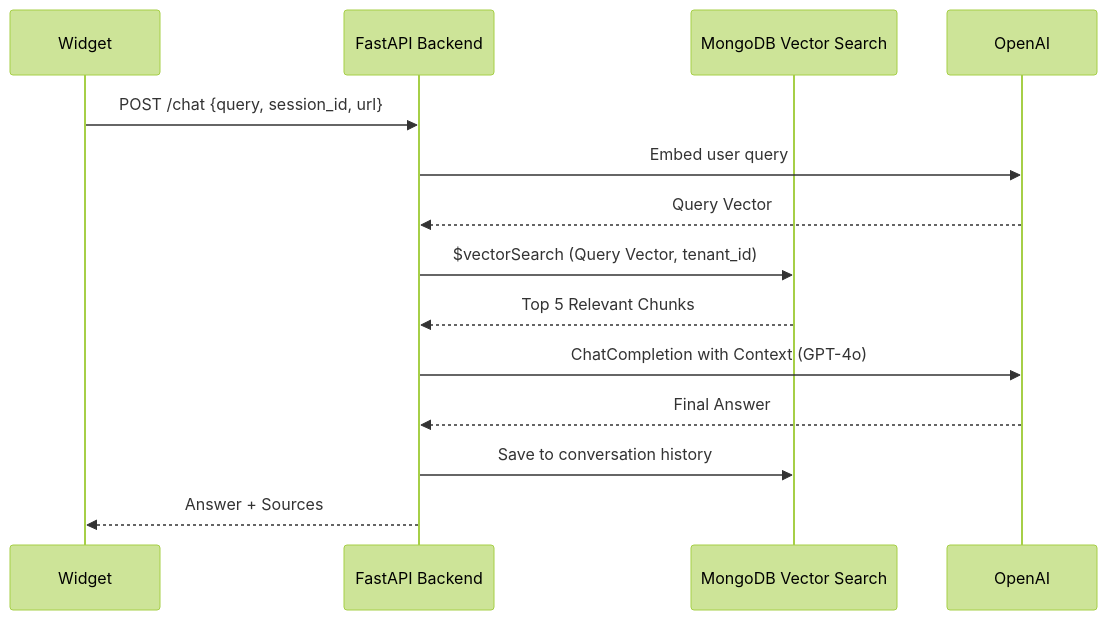
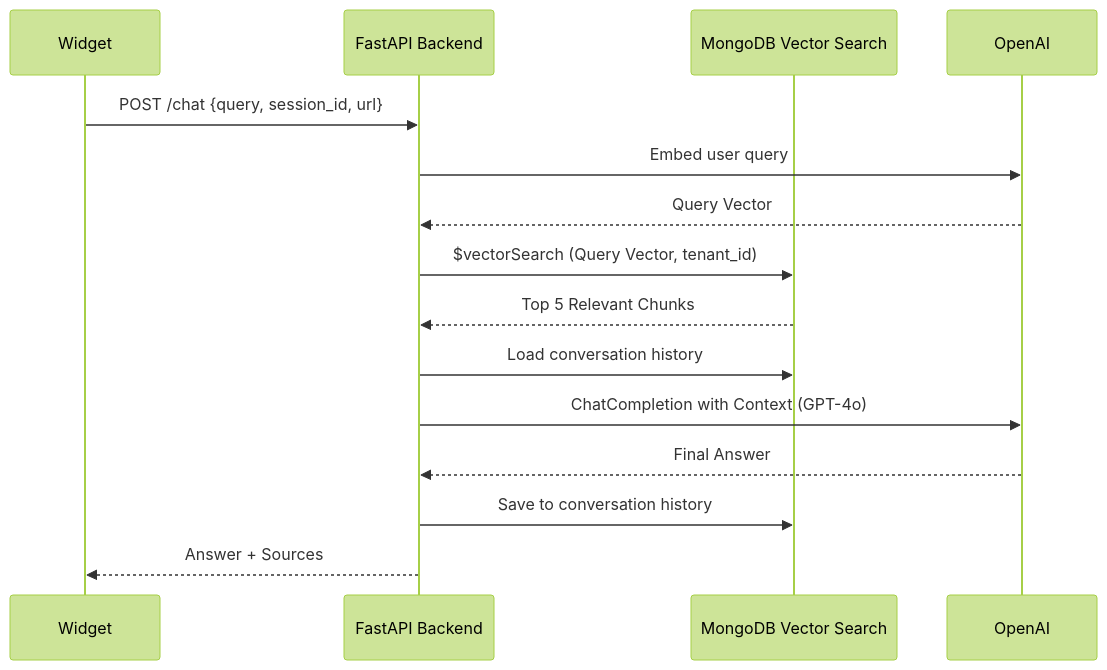
Before and after one commit to Himanshu-Jha-rgb/AI_Chatbot_widget: the third of 3 diagrams in README.md, drawn with Mermaid (forest theme). The commit also changed other lines of this file and 1 other file, not shown here.

````diff
--- a/README.md
+++ b/README.md
@@ -47,20 +59,21 @@
 ```mermaid
 sequenceDiagram
     participant Widget
     participant API as FastAPI Backend
     participant DB as MongoDB Vector Search
     participant OpenAI
     
     Widget->>API: POST /chat {query, session_id, url}
     API->>OpenAI: Embed user query
     OpenAI-->>API: Query Vector
     
     API->>DB: $vectorSearch (Query Vector, tenant_id)
     DB-->>API: Top 5 Relevant Chunks
+    API->>DB: Load conversation history
     
     API->>OpenAI: ChatCompletion with Context (GPT-4o)
     OpenAI-->>API: Final Answer
     
     API->>DB: Save to conversation history
     API-->>Widget: Answer + Sources
 ```
````
